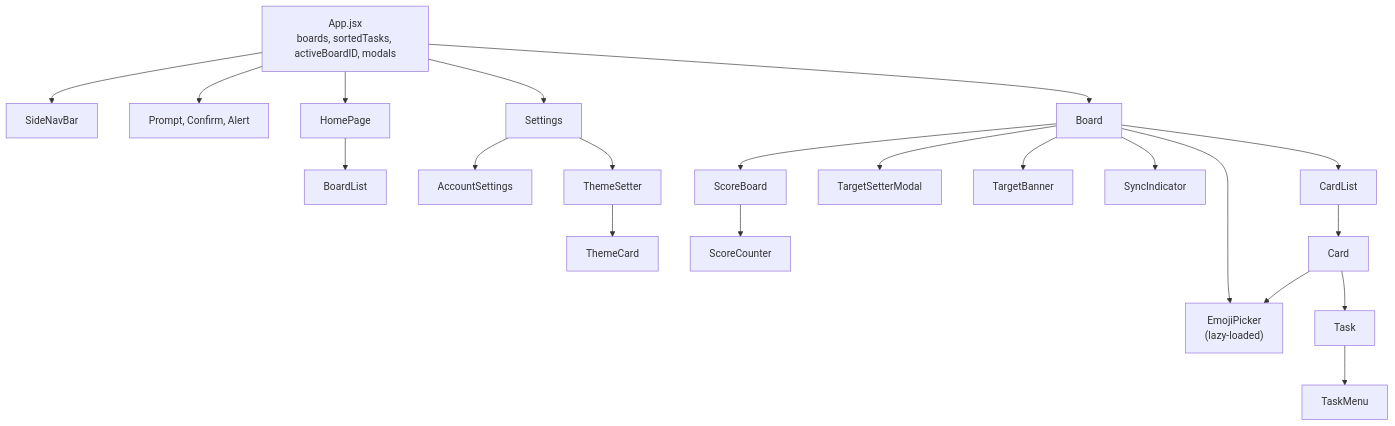
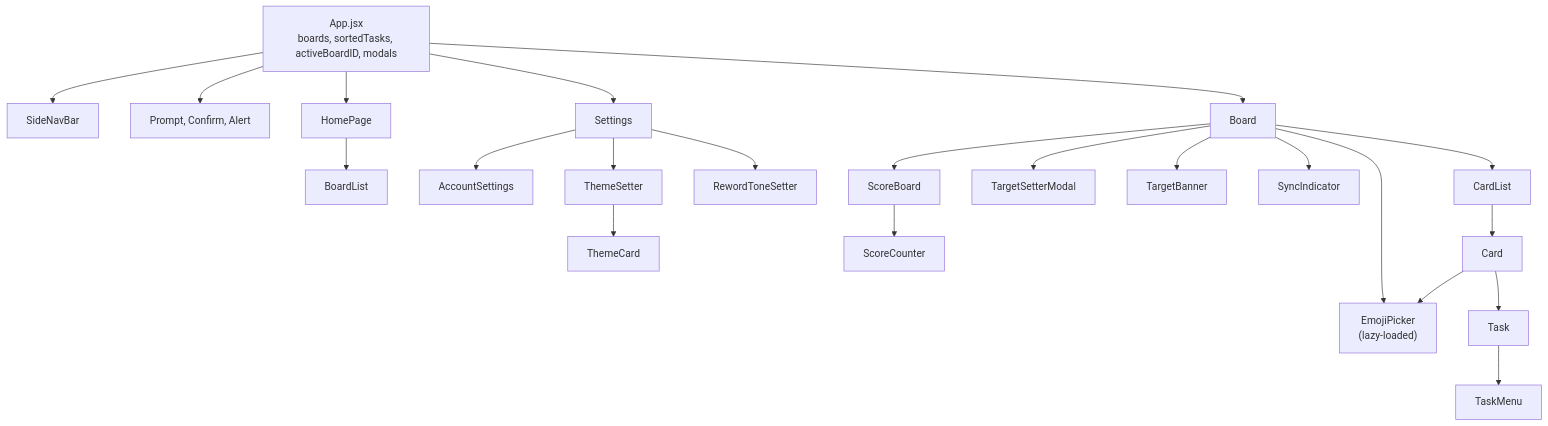
The second of 11 diagrams in ARCHITECTURE.md (TomBenjaminMorris/listpal-frontend), drawn with Mermaid before and after one commit. The commit also changed other lines of this file and 8 other files, not shown here.

First line of the commit message:
Let users choose a reword tone in Settings

````diff
--- a/ARCHITECTURE.md
+++ b/ARCHITECTURE.md
@@ -120,22 +122,23 @@
 ```mermaid
 flowchart TB
     App["App.jsx<br/>boards, sortedTasks, activeBoardID, modals"]
     App --> SNB["SideNavBar"]
     App --> Modals["Prompt, Confirm, Alert"]
     App --> Home["HomePage"]
     App --> Settings["Settings"]
     App --> Board["Board"]
     Home --> BL["BoardList"]
     Settings --> AS["AccountSettings"]
     Settings --> TS["ThemeSetter"] --> TC["ThemeCard"]
+    Settings --> RTS["RewordToneSetter"]
     Board --> SB["ScoreBoard"] --> SC["ScoreCounter"]
     Board --> TSM["TargetSetterModal"]
     Board --> TB["TargetBanner"]
     Board --> EP["EmojiPicker<br/>(lazy-loaded)"]
     Board --> SI["SyncIndicator"]
     Board --> CardList["CardList"]
     CardList --> Card["Card"]
     Card --> EP
     Card --> Task["Task"]
     Task --> TaskMenu["TaskMenu"]
 ```
````
